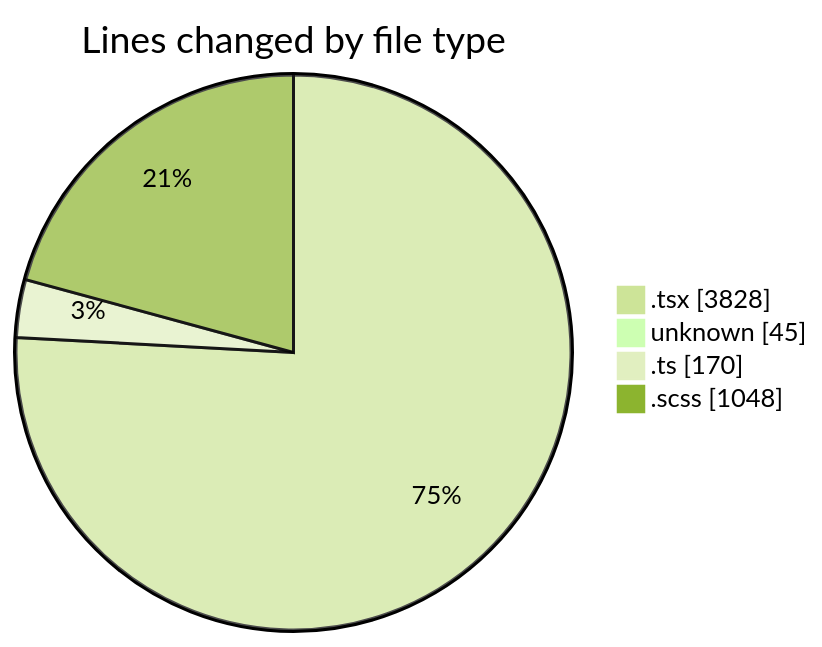
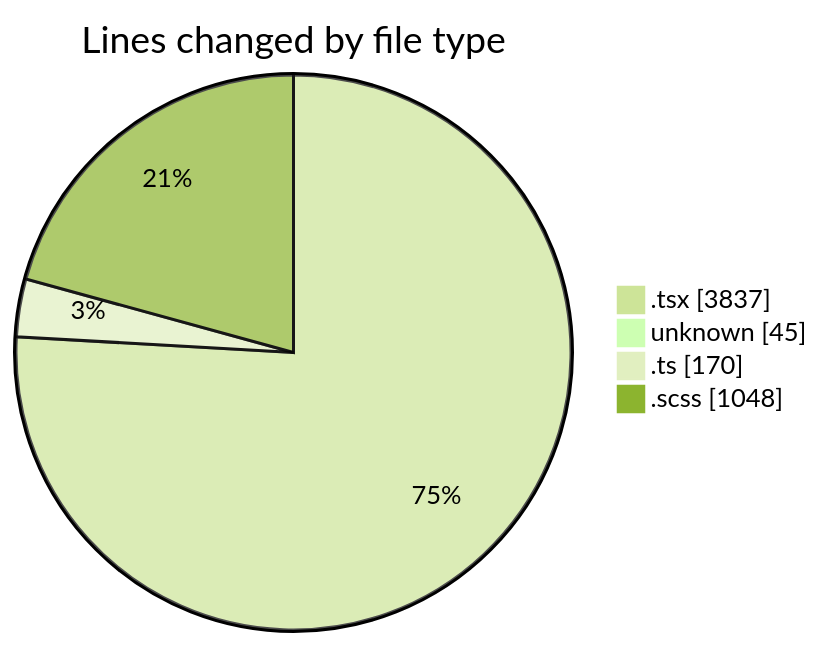
Before and after one commit to momahboobian/code-tracking: the first of 2 diagrams in 2025-09-01/cda/README.md, drawn with Mermaid (forest theme). The commit also changed other lines of this file and 1 other file, not shown here.

````diff
--- a/2025-09-01/cda/README.md
+++ b/2025-09-01/cda/README.md
@@ -29,8 +29,8 @@
 ```mermaid
 pie showData
 title Lines changed by file type
-".tsx" : 3828
+".tsx" : 3837
 "unknown" : 45
 ".ts" : 170
 ".scss" : 1048
 ```
````
